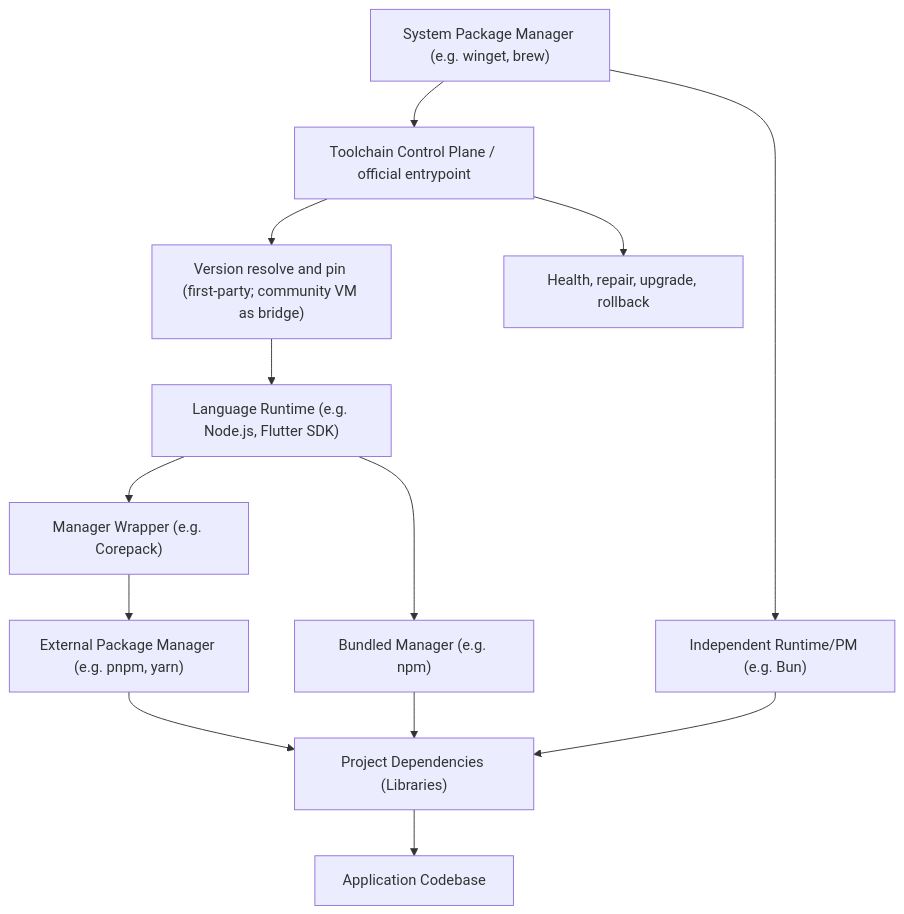
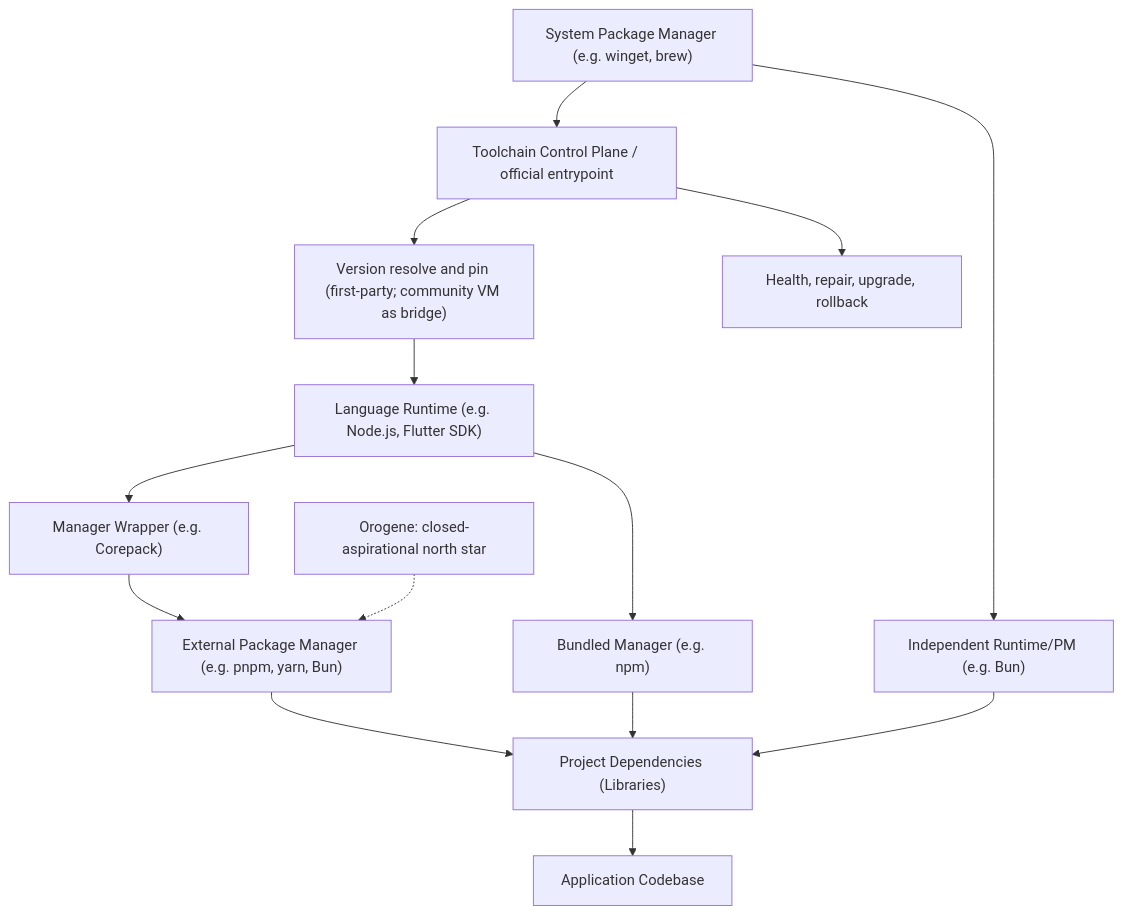
Before and after one commit to dev-centr/devcentr: the first of 2 diagrams in docs/modules/ROOT/pages/project-vision.adoc, drawn with Mermaid. The commit also changed other lines of this file and 6 other files, not shown here.

First line of the commit message:
Catalog Bun and Orogene among Node package managers.

```diff
--- a/docs/modules/ROOT/pages/project-vision.adoc
+++ b/docs/modules/ROOT/pages/project-vision.adoc
@@ -27,16 +27,17 @@
 [mermaid]
 ----
 graph TD
     SYS["System Package Manager (e.g. winget, brew)"] --> TCP["Toolchain Control Plane / official entrypoint"]
     TCP --> VM["Version resolve and pin (first-party; community VM as bridge)"]
     VM --> RT["Language Runtime (e.g. Node.js, Flutter SDK)"]
     RT --> WRAP["Manager Wrapper (e.g. Corepack)"]
     RT --> NPM["Bundled Manager (e.g. npm)"]
-    WRAP --> PM["External Package Manager (e.g. pnpm, yarn)"]
+    WRAP --> PM["External Package Manager (e.g. pnpm, yarn, Bun)"]
     PM --> DEP["Project Dependencies (Libraries)"]
     NPM --> DEP
     DEP --> APP["Application Codebase"]
     SYS --> B_RT["Independent Runtime/PM (e.g. Bun)"]
     B_RT --> DEP
     TCP --> HEALTH["Health, repair, upgrade, rollback"]
+    ORO_NOTE["Orogene: closed-aspirational north star"] -.-> PM
 ----
```
